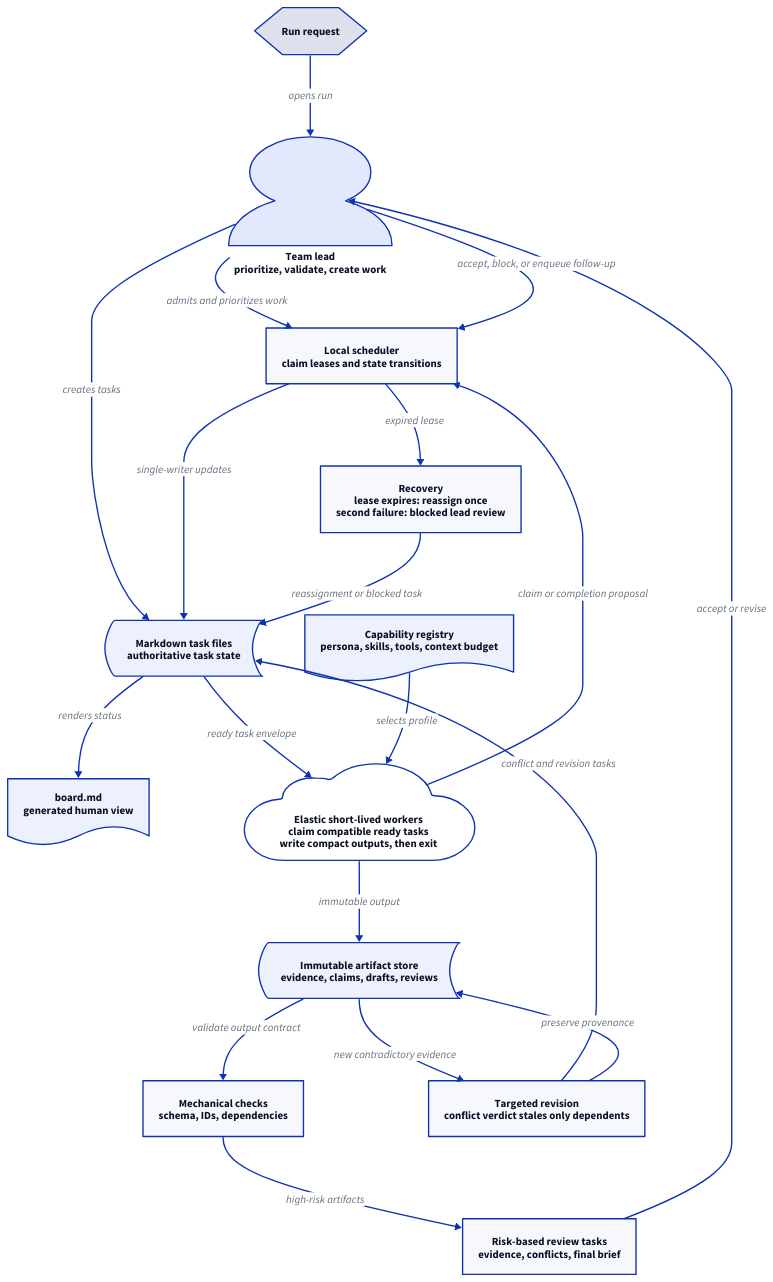
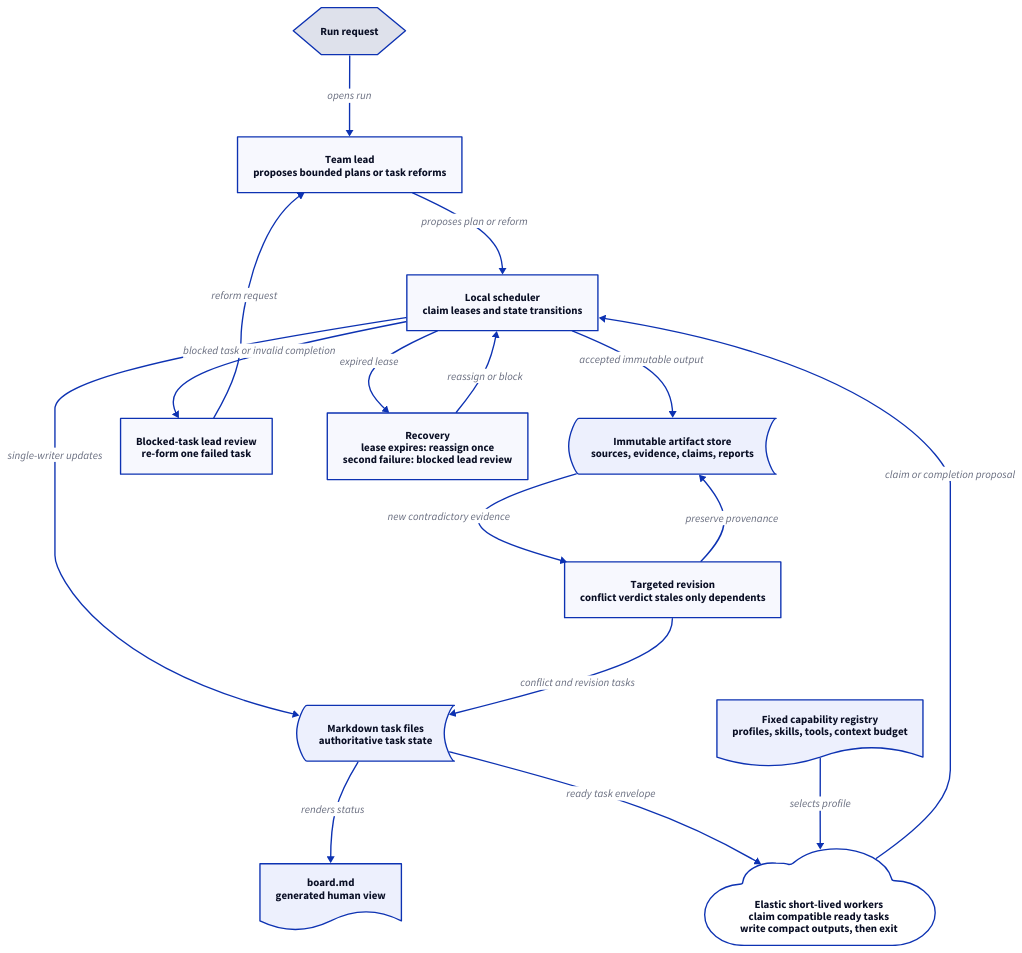
One commit to Advaya24/MultiAgentOrchestration changed the diagram in artifacts/task_board_swarm_architecture.d2. Above: the diagram before and after it, drawn with D2. The commit also changed 7 other files, not shown here.

Commit message:
Refresh architecture diagrams

```diff
--- a/artifacts/task_board_swarm_architecture.d2
+++ b/artifacts/task_board_swarm_architecture.d2
@@ -1,80 +1,72 @@
 direction: down
 
 request: {
   label: "Run request"
   shape: hexagon
 }
 
 team_lead: {
-  label: "Team lead\nprioritize, validate, create work"
-  shape: person
+  label: "Team lead\nproposes bounded plans or task reforms"
+  shape: rectangle
 }
 
 scheduler: {
   label: "Local scheduler\nclaim leases and state transitions"
   shape: rectangle
 }
 
 task_files: {
   label: "Markdown task files\nauthoritative task state"
   shape: stored_data
 }
 
 board: {
   label: "board.md\ngenerated human view"
   shape: document
 }
 
 capabilities: {
-  label: "Capability registry\npersona, skills, tools, context budget"
+  label: "Fixed capability registry\nprofiles, skills, tools, context budget"
   shape: document
 }
 
 worker_pool: {
   label: "Elastic short-lived workers\nclaim compatible ready tasks\nwrite compact outputs, then exit"
   shape: cloud
 }
 
 artifacts: {
-  label: "Immutable artifact store\nevidence, claims, drafts, reviews"
+  label: "Immutable artifact store\nsources, evidence, claims, reports"
   shape: stored_data
 }
 
-mechanical_checks: {
-  label: "Mechanical checks\nschema, IDs, dependencies"
-  shape: rectangle
-}
-
 review_tasks: {
-  label: "Risk-based review tasks\nevidence, conflicts, final brief"
+  label: "Blocked-task lead review\nre-form one failed task"
   shape: rectangle
 }
 
 recovery: {
   label: "Recovery\nlease expires: reassign once\nsecond failure: blocked lead review"
   shape: rectangle
 }
 
 revision: {
   label: "Targeted revision\nconflict verdict stales only dependents"
   shape: rectangle
 }
 
 request -> team_lead: opens run
-team_lead -> scheduler: admits and prioritizes work
-team_lead -> task_files: creates tasks
+team_lead -> scheduler: proposes plan or reform
 scheduler -> task_files: single-writer updates
 task_files -> board: renders status
 task_files -> worker_pool: ready task envelope
 capabilities -> worker_pool: selects profile
 worker_pool -> scheduler: claim or completion proposal
-worker_pool -> artifacts: immutable output
-artifacts -> mechanical_checks: validate output contract
-mechanical_checks -> review_tasks: high-risk artifacts
-review_tasks -> team_lead: accept or revise
-team_lead -> scheduler: accept, block, or enqueue follow-up
+scheduler -> artifacts: accepted immutable output
+scheduler -> review_tasks: blocked task or invalid completion
+review_tasks -> team_lead: reform request
 scheduler -> recovery: expired lease
-recovery -> task_files: reassignment or blocked task
+recovery -> scheduler: reassign or block
 artifacts -> revision: new contradictory evidence
 revision -> task_files: conflict and revision tasks
 revision -> artifacts: preserve provenance
```
